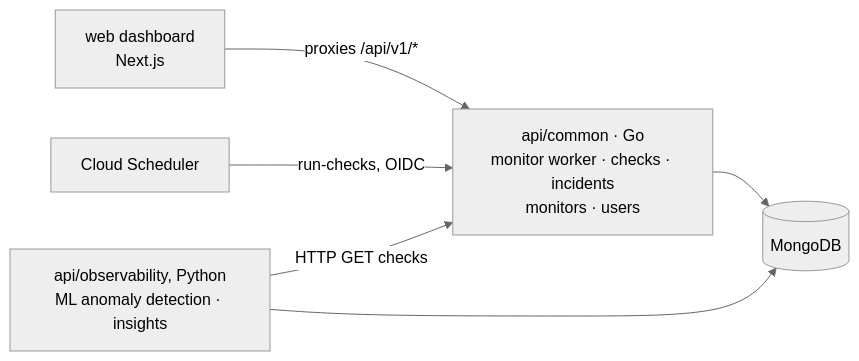
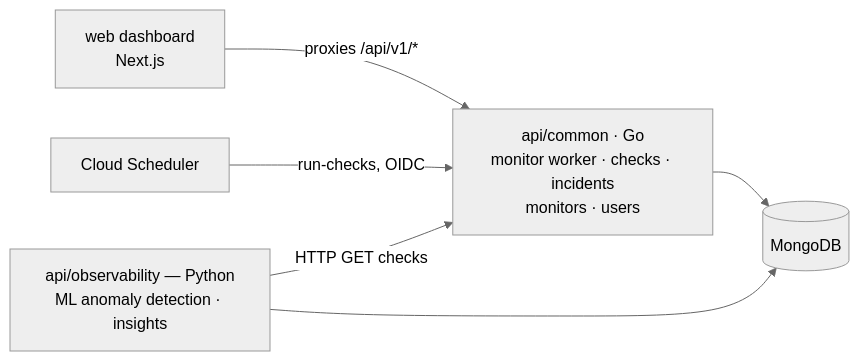
One commit to cuesoftinc/upstat changed the diagram in docs/overview.md. Above: the diagram before and after it, drawn with Mermaid (neutral theme). The commit also changed other lines of this file and 22 other files, not shown here.

````diff
--- a/docs/overview.md
+++ b/docs/overview.md
@@ -9,8 +9,8 @@
 ```mermaid
 flowchart LR
     WEB[web dashboard<br/>Next.js] -->|proxies /api/v1/*| AC[api/common · Go<br/>monitor worker · checks · incidents<br/>monitors · users]
     SCH[Cloud Scheduler] -->|run-checks, OIDC| AC
-    OBS[api/observability, Python<br/>ML anomaly detection · insights] -->|HTTP GET checks| AC
+    OBS[api/observability — Python<br/>ML anomaly detection · insights] -->|HTTP GET checks| AC
     AC --> MG[(MongoDB)]
     OBS --> MG
 ```
````
